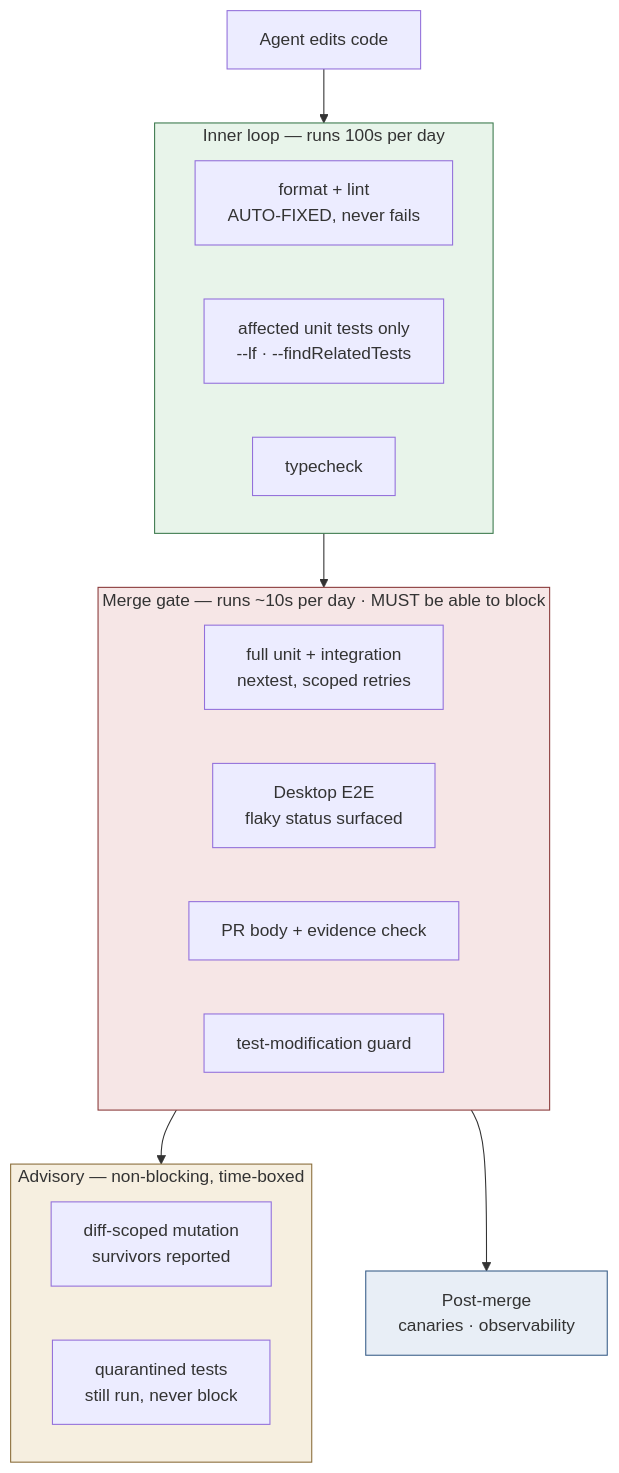
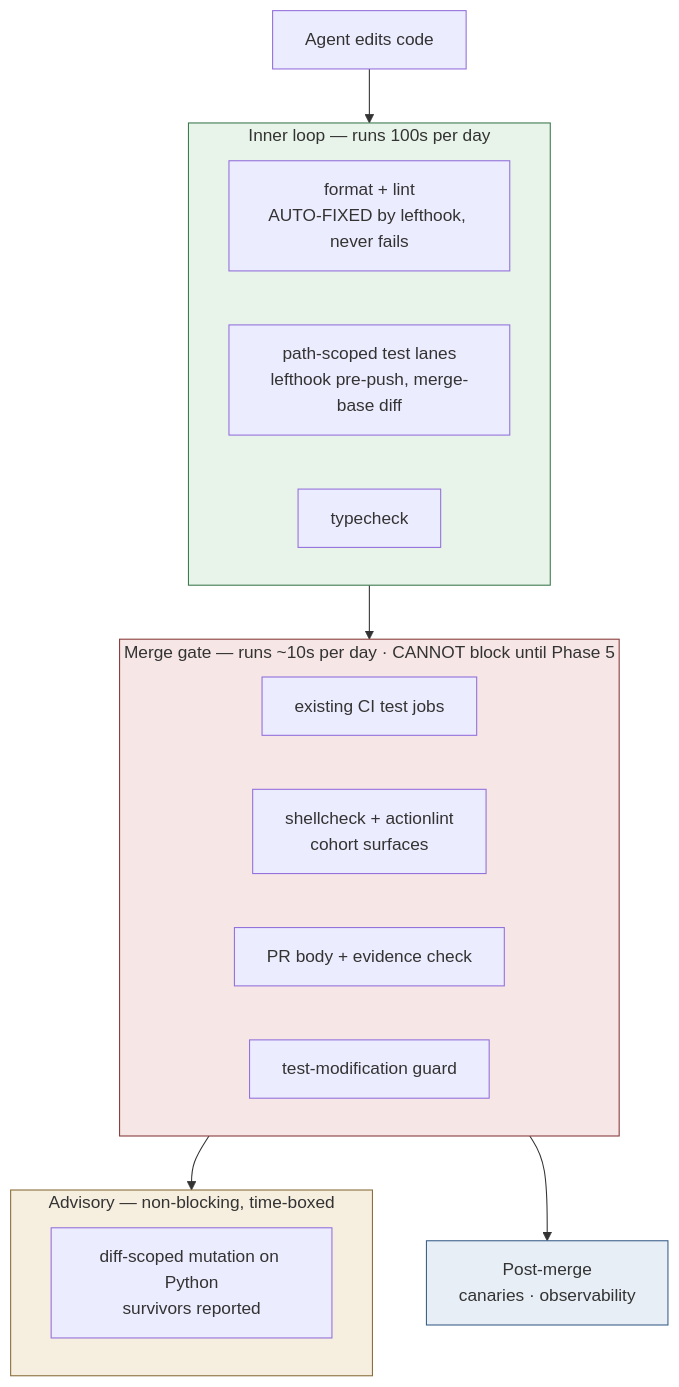
One commit to serina-mcfall/buzz-verification-lab changed the second of 5 diagrams in launchpad/plans/2026-09-03-verification-programme.md. Above: the diagram before and after it, drawn with Mermaid. The commit also changed other lines of this file and 1 other file, not shown here.

````diff
--- a/launchpad/plans/2026-09-03-verification-programme.md
+++ b/launchpad/plans/2026-09-03-verification-programme.md
@@ -101,33 +107,32 @@
 ```mermaid
 flowchart TD
     E["Agent edits code"] --> I
 
     subgraph I["Inner loop — runs 100s per day"]
-        I1["format + lint<br/>AUTO-FIXED, never fails"]
-        I2["affected unit tests only<br/>--lf · --findRelatedTests"]
+        I1["format + lint<br/>AUTO-FIXED by lefthook, never fails"]
+        I2["path-scoped test lanes<br/>lefthook pre-push, merge-base diff"]
         I3["typecheck"]
     end
 
     I --> M
 
-    subgraph M["Merge gate — runs ~10s per day · MUST be able to block"]
-        M1["full unit + integration<br/>nextest, scoped retries"]
-        M2["Desktop E2E<br/>flaky status surfaced"]
+    subgraph M["Merge gate — runs ~10s per day · CANNOT block until Phase 5"]
+        M1["existing CI test jobs"]
+        M2["shellcheck + actionlint<br/>cohort surfaces"]
         M3["PR body + evidence check"]
         M4["test-modification guard"]
     end
 
     M --> A
 
     subgraph A["Advisory — non-blocking, time-boxed"]
-        A1["diff-scoped mutation<br/>survivors reported"]
-        A2["quarantined tests<br/>still run, never block"]
+        A1["diff-scoped mutation on Python<br/>survivors reported"]
     end
 
     M --> POST["Post-merge<br/>canaries · observability"]
 
     style I fill:#e8f4ea,stroke:#3d7a4e
     style M fill:#f6e6e6,stroke:#8a3a3a
     style A fill:#f6efe0,stroke:#8a6d3a
     style POST fill:#e8eef6,stroke:#3a5f8a
 ```
````
